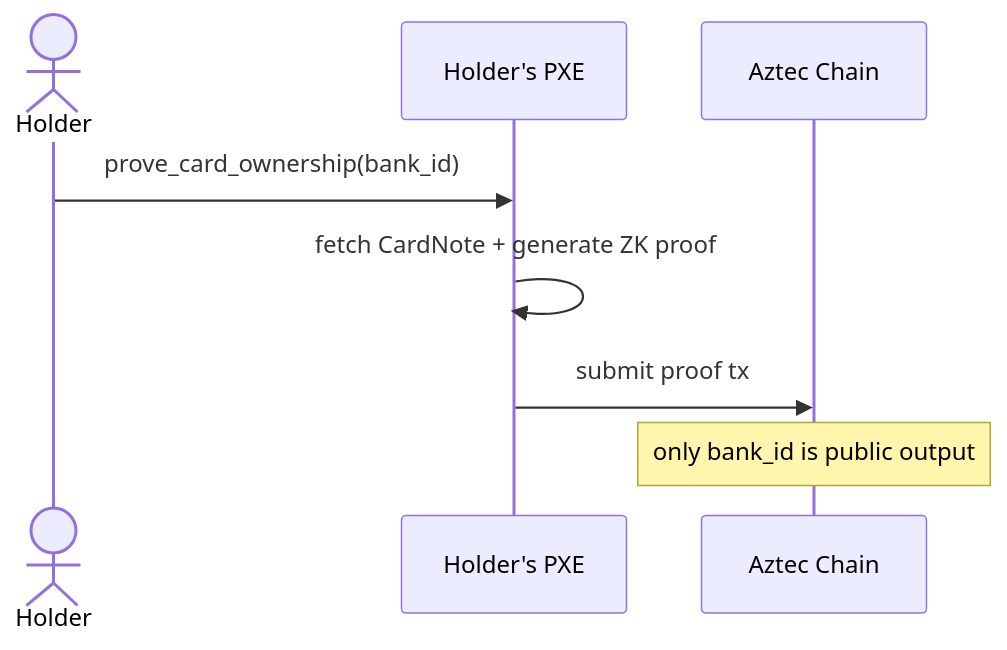
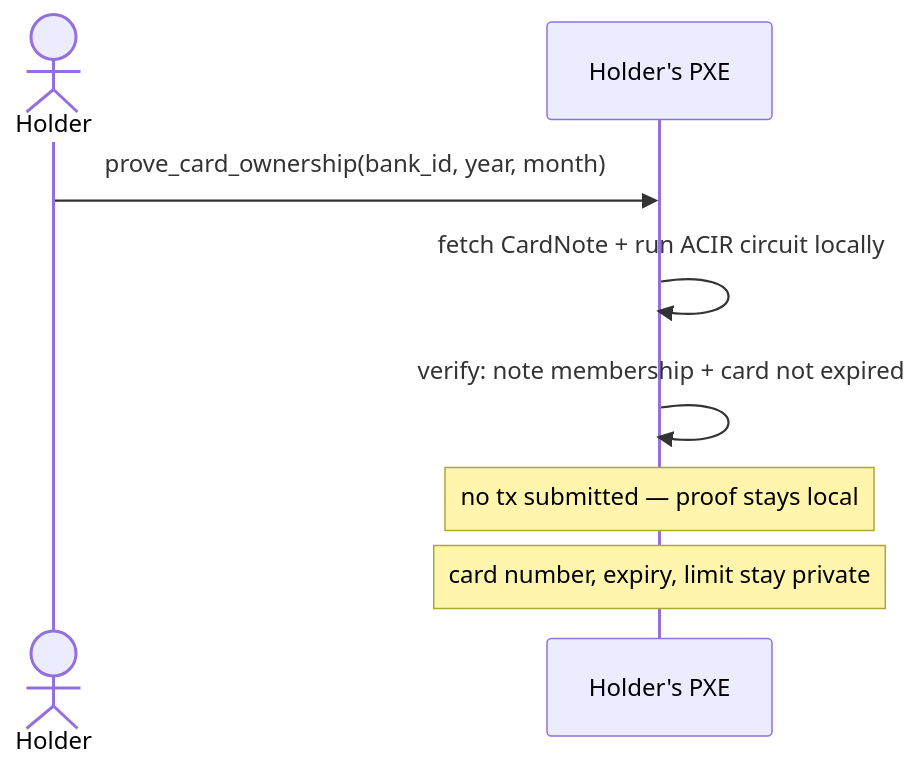
The second of 3 diagrams in README.md (RafaelGranza/ZK-Card), drawn with Mermaid before and after one commit. The commit also changed other lines of this file and 11 other files, not shown here.

````diff
--- a/README.md
+++ b/README.md
@@ -26,11 +26,11 @@
 ```mermaid
 sequenceDiagram
     actor Holder
     participant PXE as Holder's PXE
-    participant Chain as Aztec Chain
 
-    Holder->>PXE: prove_card_ownership(bank_id)
-    PXE->>PXE: fetch CardNote + generate ZK proof
-    PXE->>Chain: submit proof tx
-    Note over Chain: only bank_id is public output
+    Holder->>PXE: prove_card_ownership(bank_id, year, month)
+    PXE->>PXE: fetch CardNote + run ACIR circuit locally
+    PXE->>PXE: verify: note membership + card not expired
+    Note over PXE: no tx submitted — proof stays local
+    Note over PXE: card number, expiry, limit stay private
 ```
````
